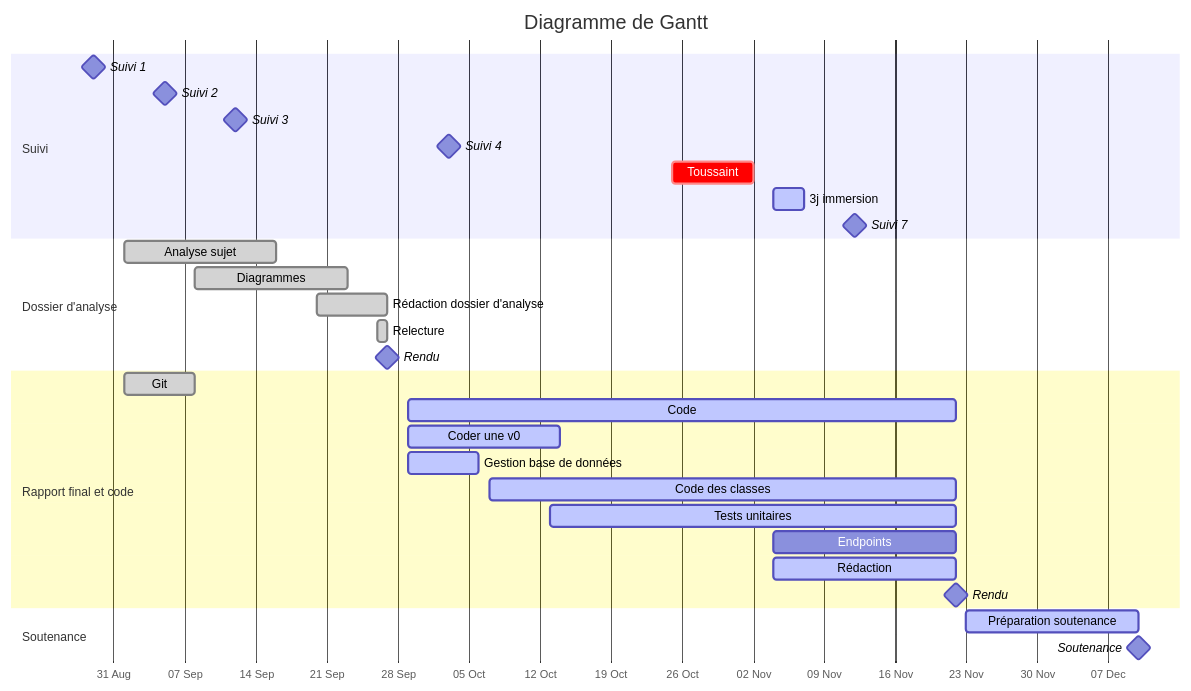
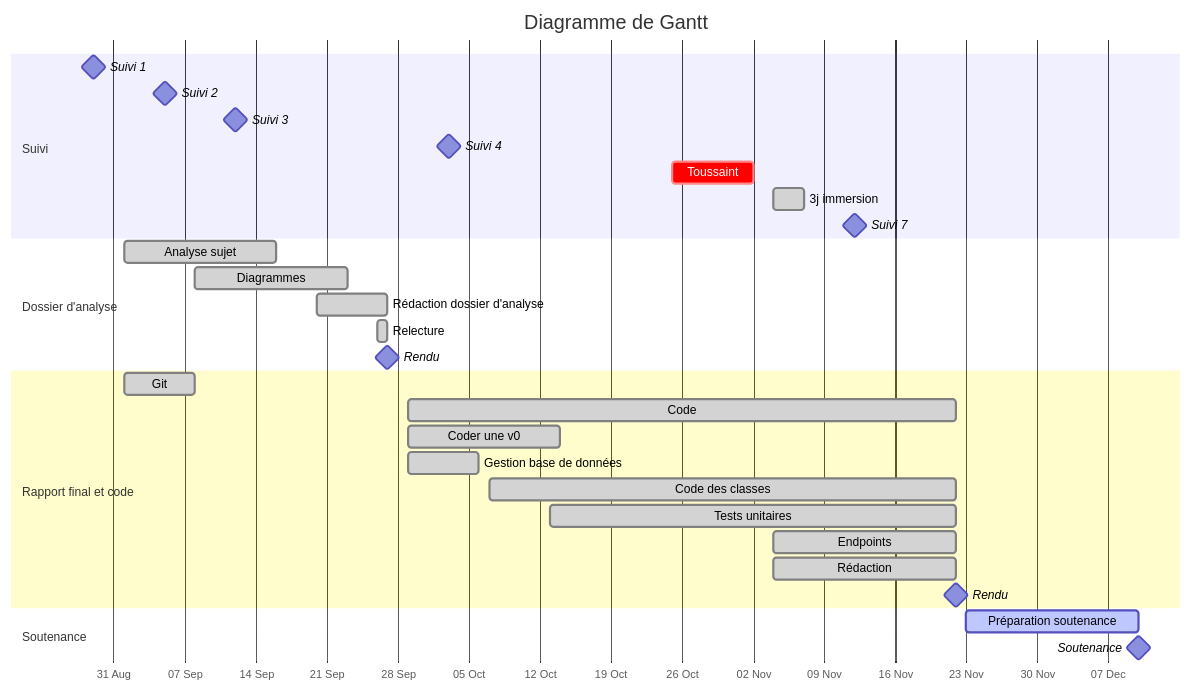
Before and after one commit to bbrunel/ENSAI-2A-projet-info: the first of 2 diagrams in doc/diag_gantt.md, drawn with Mermaid.

Commit message:
active -> done

````diff
--- a/doc/diag_gantt.md
+++ b/doc/diag_gantt.md
@@ -1,40 +1,40 @@
 ```mermaid
 gantt
     %% doc : https://mermaid-js.github.io/mermaid/#/./gantt
     dateFormat  YYYY-MM-DD
     axisFormat  %d %b
     title       Diagramme de Gantt
     %%excludes  YYYY-MM-DD and/or sunday and/or weekends 
      
     section Suivi
     Suivi 1                      :milestone, 2025-08-29,
     Suivi 2                      :milestone, 2025-09-05,
     Suivi 3                      :milestone, 2025-09-12,
     Suivi 4                      :milestone, 2025-10-03,
     Toussaint                    :crit,    2025-10-25, 2025-11-02
-    3j immersion                 :active,    2025-11-04, 3d
+    3j immersion                 :done,    2025-11-04, 3d
     Suivi 7                      :milestone, 2025-11-17
 
     section Dossier d'analyse
     Analyse sujet                :done,      2025-09-01, 15d
     Diagrammes                   :done,    2025-09-08, 15d
     Rédaction dossier d'analyse  :done,    2025-09-20, 2025-09-27
     Relecture                    :done,    2025-09-26, 2025-09-27
     Rendu                        :milestone, 2025-09-27,
     
     section Rapport final et code
     Git                          :done,    2025-09-01, 7d
-    Code                         :active,    2025-09-29, 2025-11-22
-    Coder une v0                 :active,    2025-09-29, 15d
-    Gestion base de données      :active,    2025-09-29, 7d
-    Code des classes             :active,    2025-10-07, 2025-11-22
-    Tests unitaires              :active,    2025-10-13, 2025-11-22
-    Endpoints                    :active     2025-11-04, 2025-11-22
-    Rédaction                    :active,    2025-11-04, 2025-11-22
+    Code                         :done,    2025-09-29, 2025-11-22
+    Coder une v0                 :done,    2025-09-29, 15d
+    Gestion base de données      :done,    2025-09-29, 7d
+    Code des classes             :done,    2025-10-07, 2025-11-22
+    Tests unitaires              :done,    2025-10-13, 2025-11-22
+    Endpoints                    :done,    2025-11-04, 2025-11-22
+    Rédaction                    :done,    2025-11-04, 2025-11-22
     Rendu                        :milestone, 2025-11-22,
 
     section Soutenance
     Préparation soutenance       :active,    2025-11-23, 2025-12-10
     Soutenance                   :milestone, 2025-12-10,
 
 ```
````
